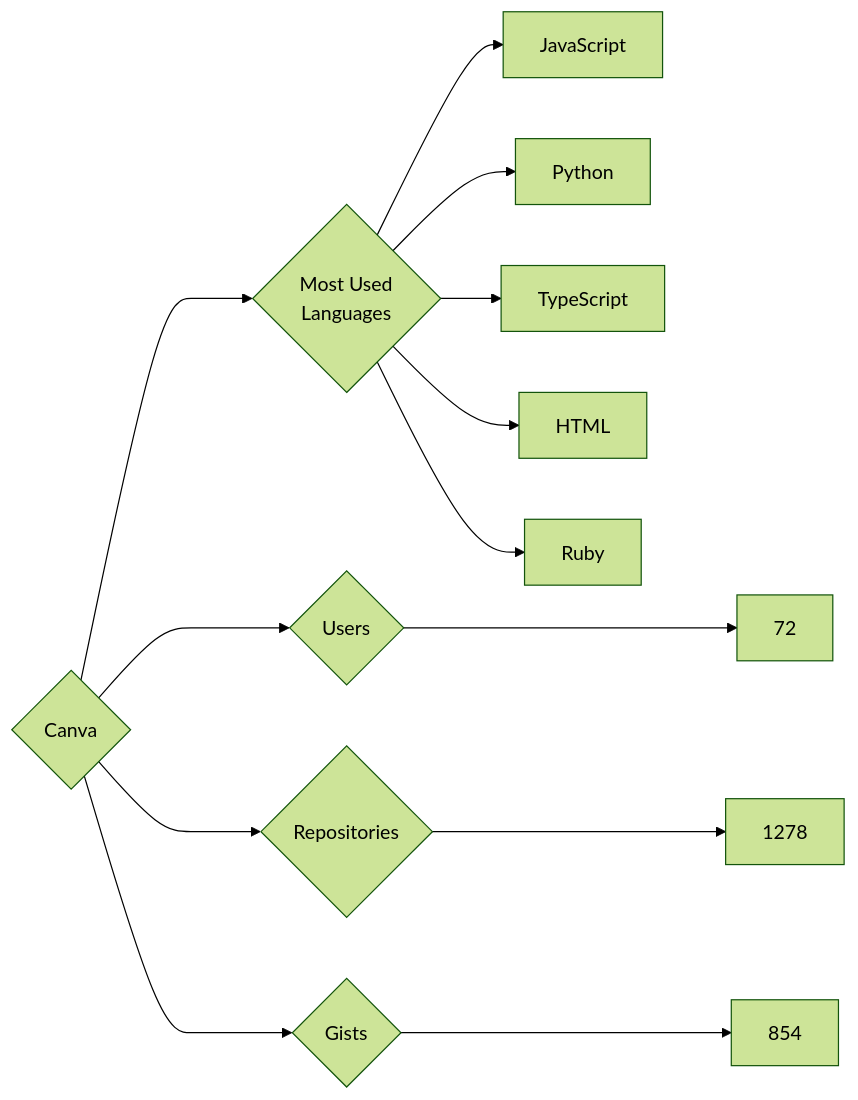
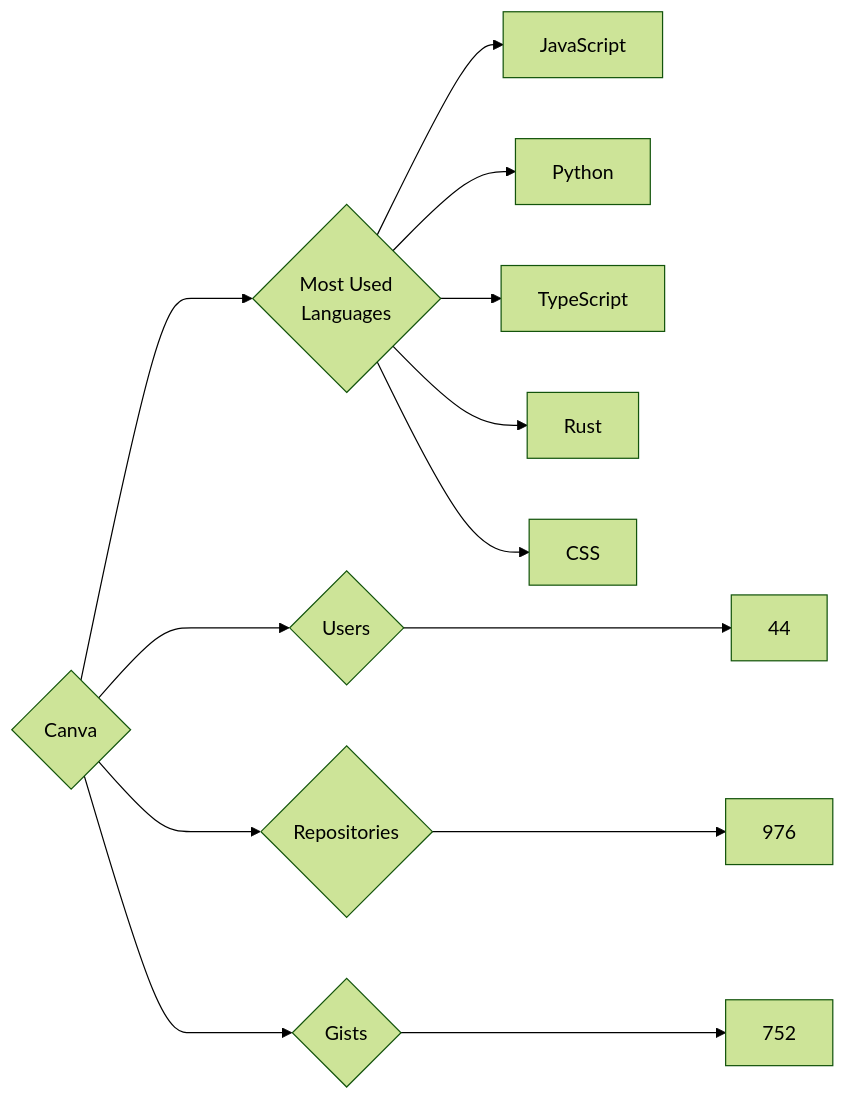
One commit to trickest/insiders changed the diagram in targets/Canva/README.md. Above: the diagram before and after it, drawn with Mermaid (forest theme). The commit also changed 925 other files, not shown here.

````diff
--- a/targets/Canva/README.md
+++ b/targets/Canva/README.md
@@ -3,13 +3,13 @@
 ```mermaid
 graph LR
 COMPANY_NAME{Canva}
-COMPANY_NAME ---> U{Users} ---> UN[72]
-COMPANY_NAME ---> R{Repositories} ---> RN[1278]
-COMPANY_NAME ---> G{Gists} ---> GN[854]
+COMPANY_NAME ---> U{Users} ---> UN[44]
+COMPANY_NAME ---> R{Repositories} ---> RN[976]
+COMPANY_NAME ---> G{Gists} ---> GN[752]
 COMPANY_NAME ---> ML{Most Used<br>Languages}
 ML --> JavaScript[JavaScript]
 ML --> Python[Python]
 ML --> TypeScript[TypeScript]
-ML --> HTML[HTML]
-ML --> Ruby[Ruby]
+ML --> Rust[Rust]
+ML --> CSS[CSS]
 ```
````
